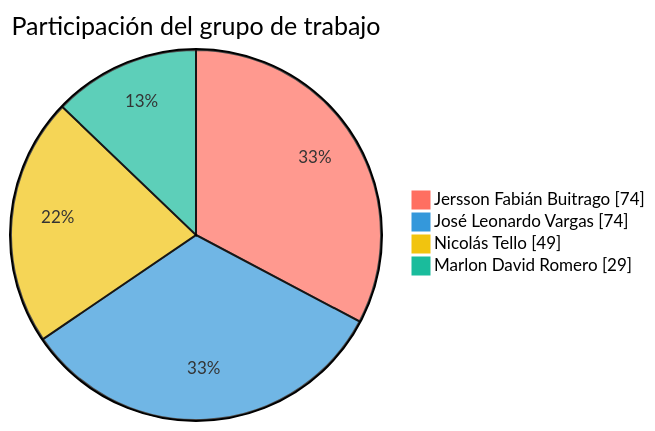
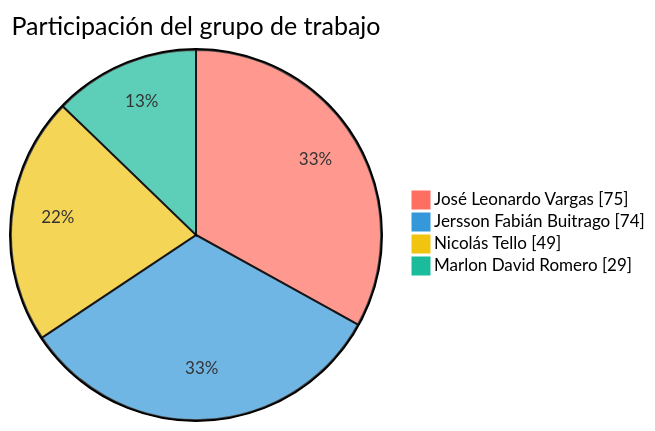
One commit to FarmaExpres/FarmaExpres changed the first of 2 diagrams in README.md. Above: the diagram before and after it, drawn with Mermaid. The commit also changed other lines of this file and 1 other file, not shown here.

````diff
--- a/README.md
+++ b/README.md
@@ -389,9 +389,9 @@
 ```mermaid
 %%{init: {"themeVariables": {"pie1": "#ff6f61", "pie2": "#3498db", "pie3": "#f1c40f", "pie4": "#1abc9c", "pieLabelColor": "#000000", "pieLabelFontSize": "24px", "pieLabelFontWeight": "700"}}}%%
 pie showData
     title Participación del grupo de trabajo
+    "José Leonardo Vargas" : 75
     "Jersson Fabián Buitrago" : 74
-    "José Leonardo Vargas" : 74
     "Nicolás Tello" : 49
     "Marlon David Romero" : 29
 ```
````
